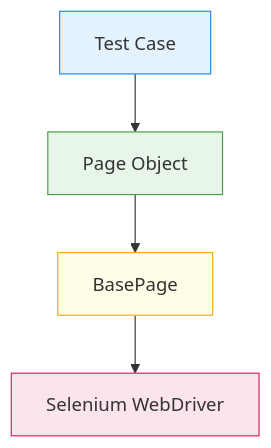
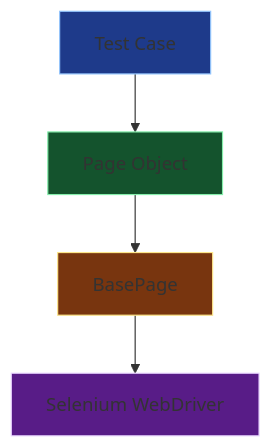
The diagram in README.md (Haryish/Automation-Practice-Website-Python), drawn with Mermaid before and after one commit. The commit also changed other lines of this file, not shown here.

````diff
--- a/README.md
+++ b/README.md
@@ -84,17 +86,17 @@
 ```mermaid
 flowchart TD
     T[Test Case] --> P[Page Object]
     P --> B[BasePage]
     B --> S[Selenium WebDriver]
 
     T:::testStyle
     P:::pageStyle
     B:::baseStyle
     S:::driverStyle
 
-    classDef testStyle fill:#e3f2fd,stroke:#1e88e5,stroke-width:1px
-    classDef pageStyle fill:#e8f5e9,stroke:#43a047,stroke-width:1px
-    classDef baseStyle fill:#fffde7,stroke:#f9a825,stroke-width:1px
-    classDef driverStyle fill:#fce4ec,stroke:#d81b60,stroke-width:1px
+    classDef testStyle fill:#1e3a8a,stroke:#93c5fd,stroke-width:1px;
+    classDef pageStyle fill:#14532d,stroke:#86efac,stroke-width:1px;
+    classDef baseStyle fill:#78350f,stroke:#fde68a,stroke-width:1px;
+    classDef driverStyle fill:#581c87,stroke:#e9d5ff,stroke-width:1px;
 
 ```
````
